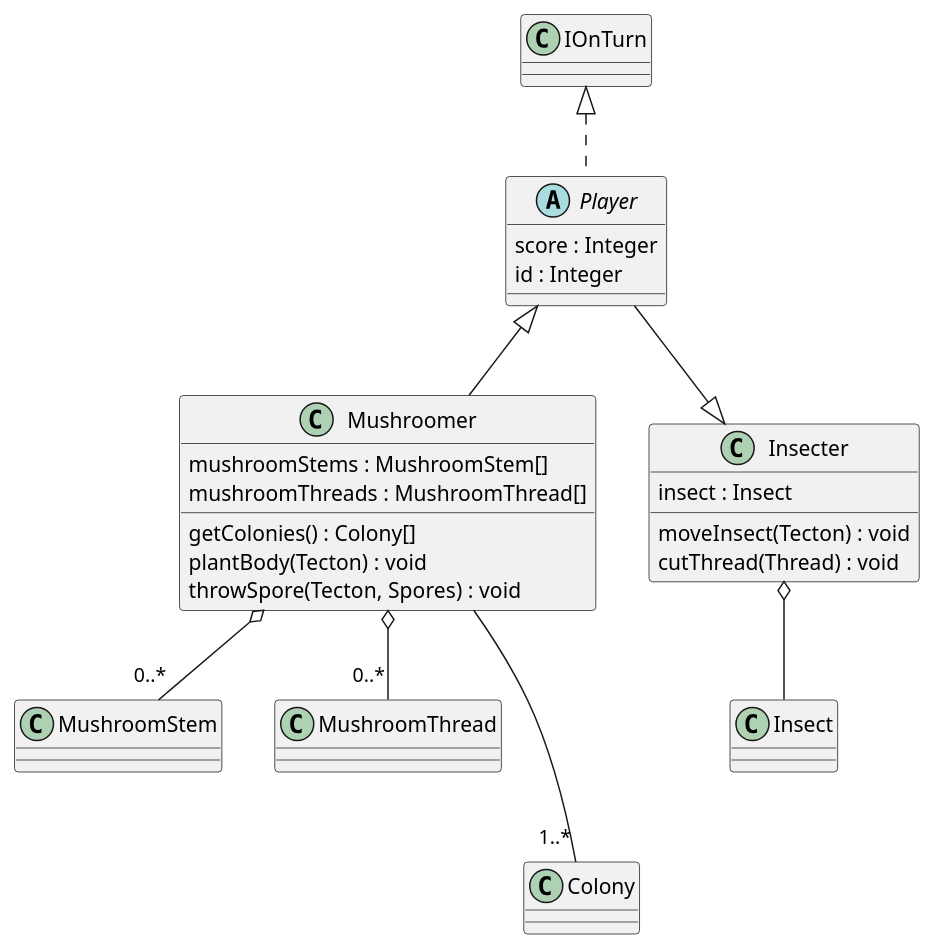
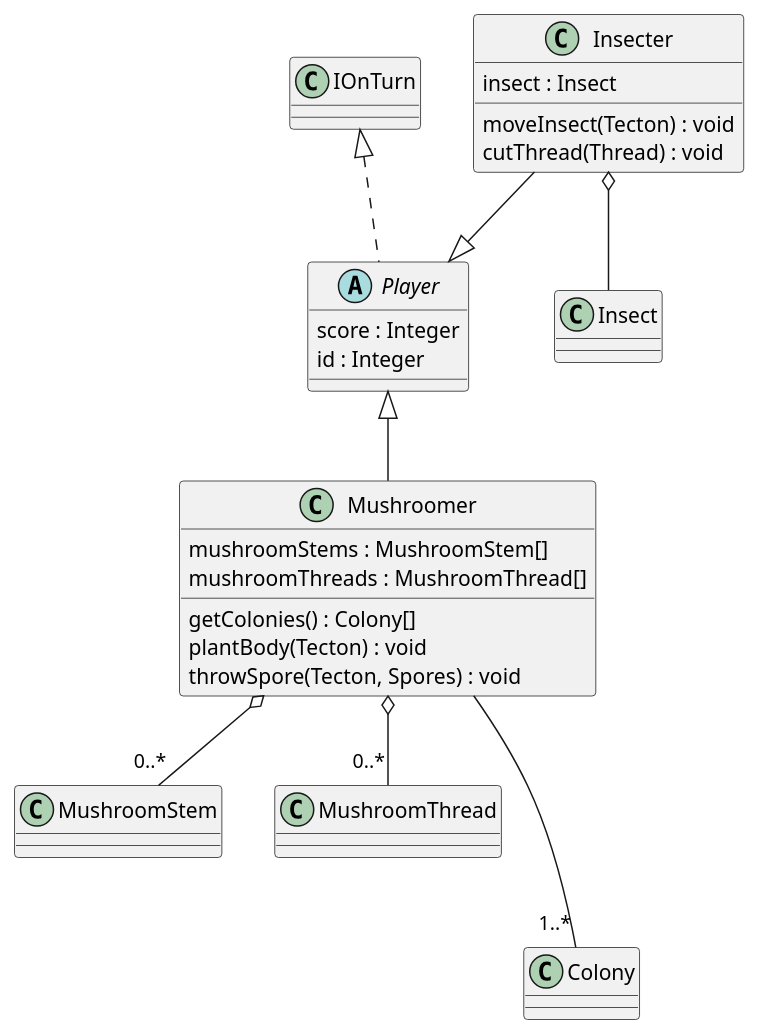
The diagram in 3/classes/player.puml (Petya-G/fungorium), drawn with PlantUML before and after one commit. The commit also changed 1 other file, not shown here.

```diff
--- a/3/classes/player.puml
+++ b/3/classes/player.puml
@@ -1,27 +1,27 @@
 @startuml player
 IOnTurn <|.. Player
 abstract class Player{
     score : Integer
     id : Integer
 }
 
 Player <|-- Mushroomer
 Mushroomer o-- "0..*" MushroomStem
 Mushroomer o-- "0..*" MushroomThread
 Mushroomer --- "1..*" Colony
 class Mushroomer{
     mushroomStems : MushroomStem[]
     mushroomThreads : MushroomThread[]
     getColonies() : Colony[]
     plantBody(Tecton) : void
     throwSpore(Tecton, Spores) : void
 }
 
-Player --|> Insecter
+Insecter --|> Player
 Insecter o-- Insect
 class Insecter{
     insect : Insect
     moveInsect(Tecton) : void
     cutThread(Thread) : void
 }
 @enduml
```
